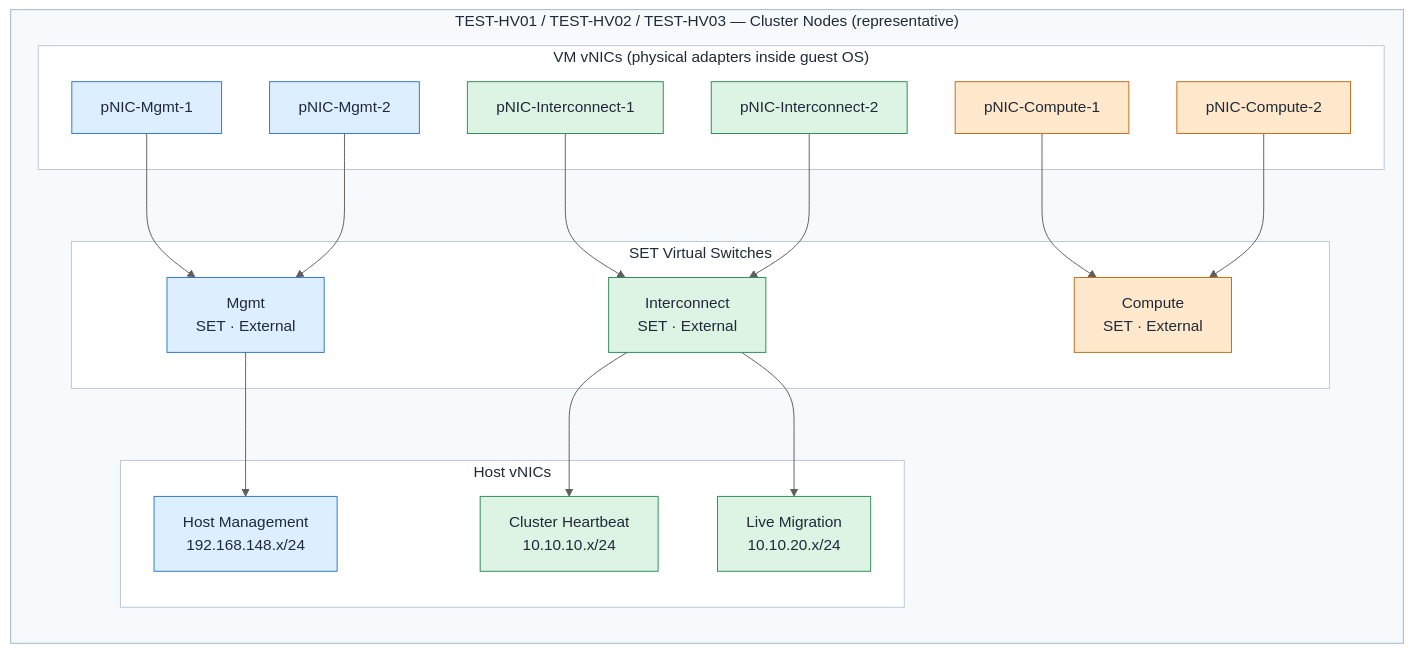
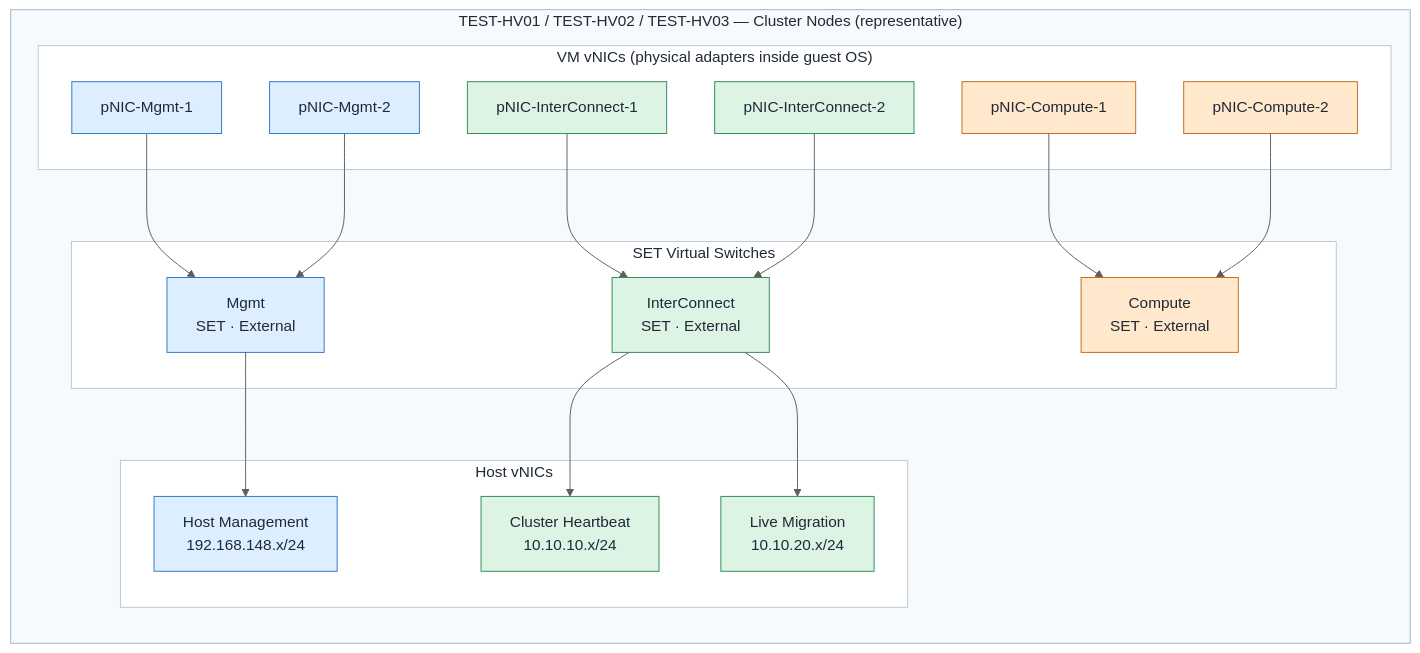
The diagram in docs/hyper-v-failover-cluster-lab-guide.md (Greg-T8/ws2025-hyperv-cluster-lab), drawn with Mermaid before and after one commit. The commit also changed other lines of this file and 4 other files, not shown here.

Commit message:
fix: standardize 'Interconnect' to 'InterConnect' across documentation and scripts

````diff
--- a/docs/hyper-v-failover-cluster-lab-guide.md
+++ b/docs/hyper-v-failover-cluster-lab-guide.md
@@ -39,56 +39,56 @@
 ```mermaid
 %%{init: {
     "theme": "base",
     "themeVariables": {
         "background": "#FDFEFE",
         "primaryTextColor": "#323130",
         "lineColor": "#605E5C",
         "clusterBkg": "#F7FAFD",
         "clusterBorder": "#A7BDD4"
     }
 }}%%
 graph LR
     subgraph NODE["TEST-HV01 / TEST-HV02 / TEST-HV03 — Cluster Nodes (representative)"]
         subgraph GNICS["VM vNICs (physical adapters inside guest OS)"]
             M1["pNIC-Mgmt-1"]
             M2["pNIC-Mgmt-2"]
-            IC1["pNIC-Interconnect-1"]
-            IC2["pNIC-Interconnect-2"]
+            IC1["pNIC-InterConnect-1"]
+            IC2["pNIC-InterConnect-2"]
             CP1["pNIC-Compute-1"]
             CP2["pNIC-Compute-2"]
         end
 
         subgraph GSET["SET Virtual Switches"]
             SET_M["Mgmt\nSET · External"]
-            SET_I["Interconnect\nSET · External"]
+            SET_I["InterConnect\nSET · External"]
             SET_CP["Compute\nSET · External"]
         end
 
         subgraph GVNICS["Host vNICs"]
             HV_MGMT["Host Management\n192.168.148.x/24"]
             HV_CLUS["Cluster Heartbeat\n10.10.10.x/24"]
             HV_LM["Live Migration\n10.10.20.x/24"]
         end
 
         M1 & M2 --> SET_M
         IC1 & IC2 --> SET_I
         CP1 & CP2 --> SET_CP
         SET_M --> HV_MGMT
         SET_I --> HV_CLUS
         SET_I --> HV_LM
     end
 
     classDef mgmt fill:#DCEEFF,stroke:#2F78C4,stroke-width:1px,color:#1F2937;
     classDef cluster fill:#DDF4E4,stroke:#2E8B57,stroke-width:1px,color:#1F2937;
     classDef livemig fill:#EADFFD,stroke:#6F4BB8,stroke-width:1px,color:#1F2937;
     classDef vmnet fill:#FFE8CC,stroke:#C46A1A,stroke-width:1px,color:#1F2937;
 
     class M1,M2,SET_M,HV_MGMT mgmt;
     class IC1,IC2,SET_I,HV_CLUS,HV_LM cluster;
     class CP1,CP2,SET_CP vmnet;
 
     style NODE fill:#F6FAFD,stroke:#9FB3C8,stroke-width:1px,color:#1F2937
     style GNICS fill:#FFFFFF,stroke:#B9C7D6,stroke-width:1px,color:#1F2937
     style GSET fill:#FFFFFF,stroke:#B9C7D6,stroke-width:1px,color:#1F2937
     style GVNICS fill:#FFFFFF,stroke:#B9C7D6,stroke-width:1px,color:#1F2937
 ```
````
